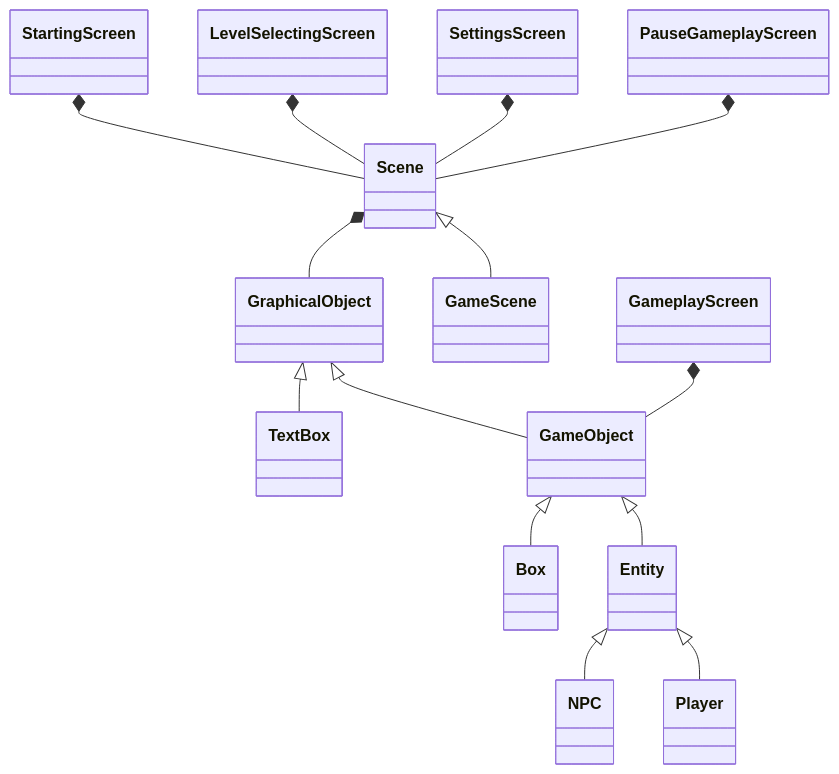
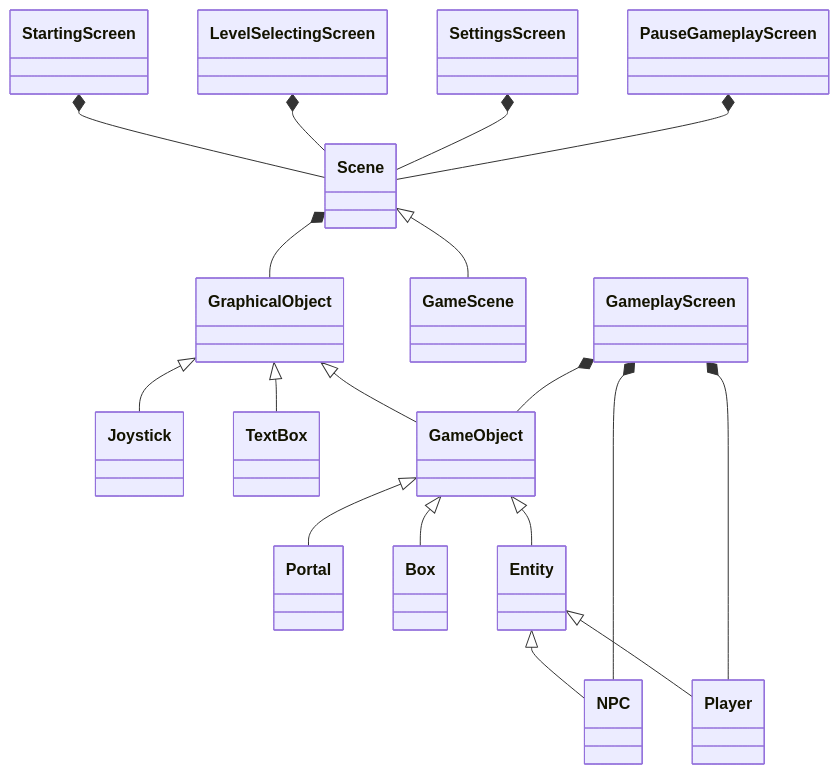
The diagram in planning_class_structure/README.md (dRoycon/HS_SoftwareEngineeringProject), drawn with Mermaid before and after one commit.

Commit message:
modified:   planning_class_structure/README.md

````diff
--- a/planning_class_structure/README.md
+++ b/planning_class_structure/README.md
@@ -3,21 +3,26 @@
 ``` mermaid
 classDiagram
 
     StartingScreen *-- Scene
     LevelSelectingScreen *-- Scene
     SettingsScreen *-- Scene
     PauseGameplayScreen *-- Scene
 
     Scene *-- GraphicalObject
     Scene <|-- GameScene 
 
+    GraphicalObject <|-- Joystick
     GraphicalObject <|-- TextBox
     GraphicalObject <|-- GameObject
 
+    GameObject <|-- Portal
     GameObject <|-- Box
     GameObject <|-- Entity
     GameplayScreen *-- GameObject 
 
     Entity <|-- NPC
     Entity <|-- Player
+
+    GameplayScreen *-- NPC
+    GameplayScreen *-- Player
 ```
````
